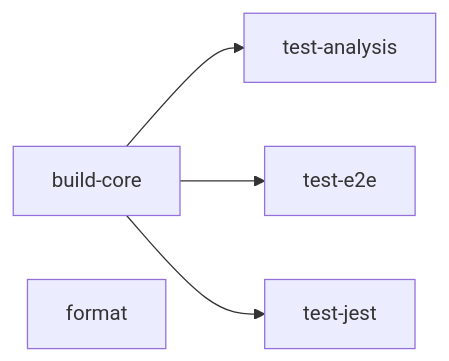
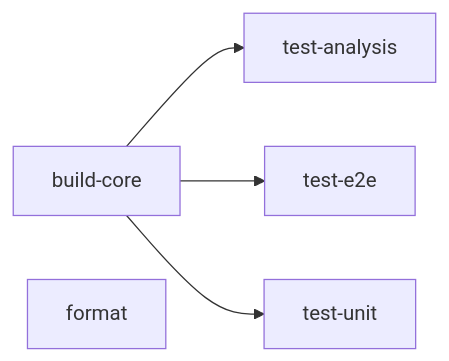
The first of 2 diagrams in .github/workflows/README.md (ionic-team/stencil), drawn with Mermaid before and after one commit. The commit also changed other lines of this file and 11 other files, not shown here.

````diff
--- a/.github/workflows/README.md
+++ b/.github/workflows/README.md
@@ -38,7 +63,7 @@
 ```mermaid
 graph LR;
     build-core-->test-analysis;
     build-core-->test-e2e;
-    build-core-->test-jest;
+    build-core-->test-unit;
     format;
 ```
````
